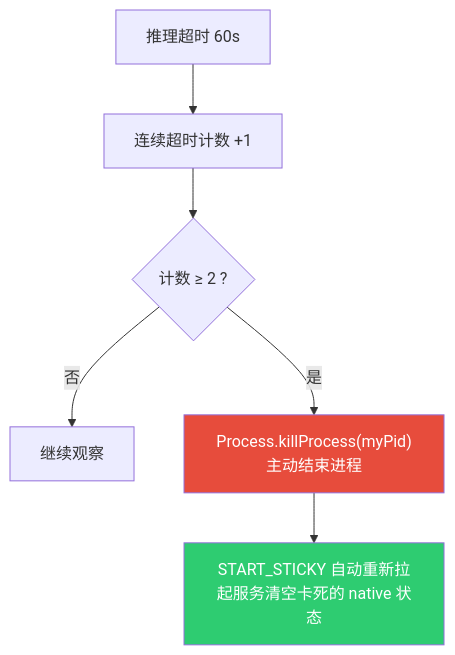
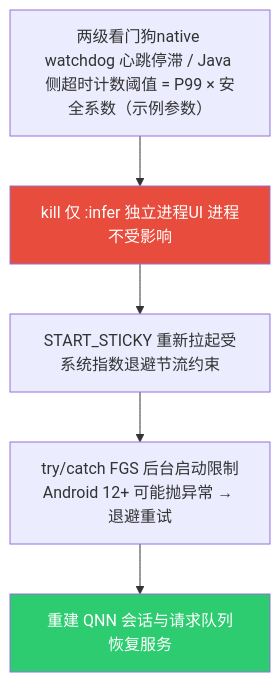
One commit to ranpin/edge-ai-docs changed the fourth of 4 diagrams in cockpit/general/android-jni.md. Above: the diagram before and after it, drawn with Mermaid. The commit also changed other lines of this file and 13 other files, not shown here.

````diff
--- a/cockpit/general/android-jni.md
+++ b/cockpit/general/android-jni.md
@@ -463,10 +716,9 @@
 ```mermaid
 flowchart TB
-    A["推理超时 60s"] --> B["连续超时计数 +1"]
-    B --> C{"计数 ≥ 2 ?"}
-    C -->|否| D["继续观察"]
-    C -->|是| E["Process.killProcess(myPid)主动结束进程"]
-    E --> F["START_STICKY 自动重新拉起服务清空卡死的 native 状态"]
-    style E fill:#e74c3c,color:#fff
-    style F fill:#2ecc71,color:#fff
+    A["两级看门狗native watchdog 心跳停滞 / Java 侧超时计数阈值 = P99 × 安全系数（示例参数）"] --> B["kill 仅 :infer 独立进程UI 进程不受影响"]
+    B --> C["START_STICKY 重新拉起受系统指数退避节流约束"]
+    C --> D["try/catch FGS 后台启动限制Android 12+ 可能抛异常 → 退避重试"]
+    D --> E["重建 QNN 会话与请求队列恢复服务"]
+    style B fill:#e74c3c,color:#fff
+    style E fill:#2ecc71,color:#fff
 ```
````
